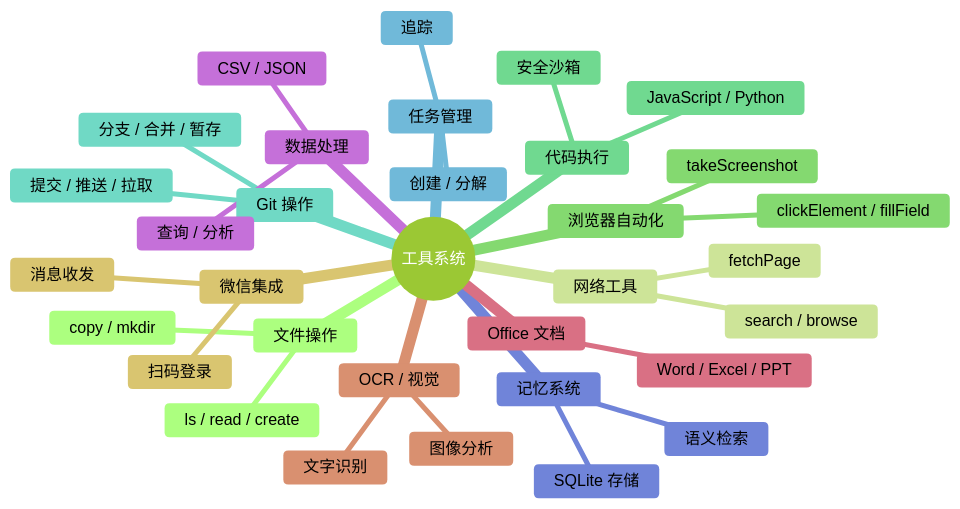
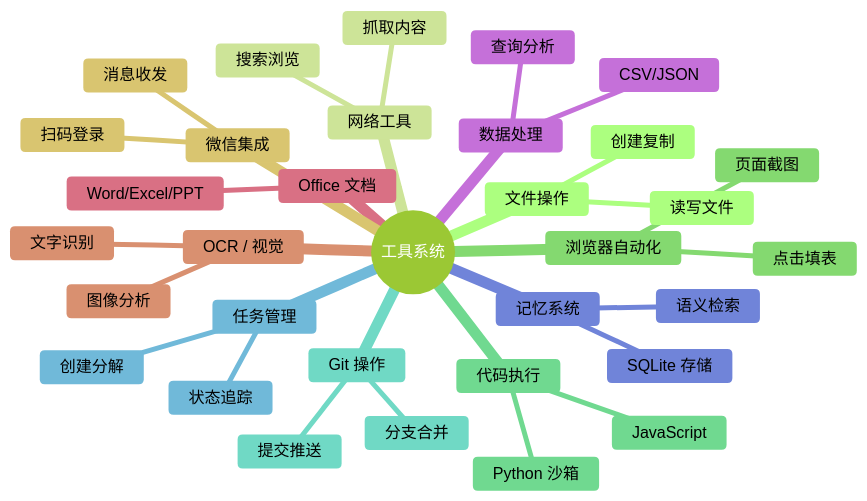
The first of 3 diagrams in README.zh.md (1486853830/CogitoAgent), drawn with Mermaid (forest theme) before and after one commit. The commit also changed 1 other file, not shown here.

Commit message:
docs: 优化中英文README里的工具分类命名
统一调整工具列表的表述风格，将零散的命令式改为更通顺的中文分组名称，让文档可读性更强

````diff
--- a/README.zh.md
+++ b/README.zh.md
@@ -87,36 +87,36 @@
 ```mermaid
 mindmap
   root((工具系统))
     文件操作
-      ls / read / create
-      copy / mkdir
+      读写文件
+      创建复制
     网络工具
-      search / browse
-      fetchPage
+      搜索浏览
+      抓取内容
     浏览器自动化
-      clickElement / fillField
-      takeScreenshot
+      点击填表
+      页面截图
     代码执行
-      JavaScript / Python
-      安全沙箱
+      JavaScript
+      Python 沙箱
     Git 操作
-      提交 / 推送 / 拉取
-      分支 / 合并 / 暂存
+      提交推送
+      分支合并
     任务管理
-      创建 / 分解
-      追踪
+      创建分解
+      状态追踪
     记忆系统
       SQLite 存储
       语义检索
     数据处理
-      CSV / JSON
-      查询 / 分析
+      CSV/JSON
+      查询分析
     Office 文档
-      Word / Excel / PPT
+      Word/Excel/PPT
     OCR / 视觉
       文字识别
       图像分析
     微信集成
       扫码登录
       消息收发
 ```
````
